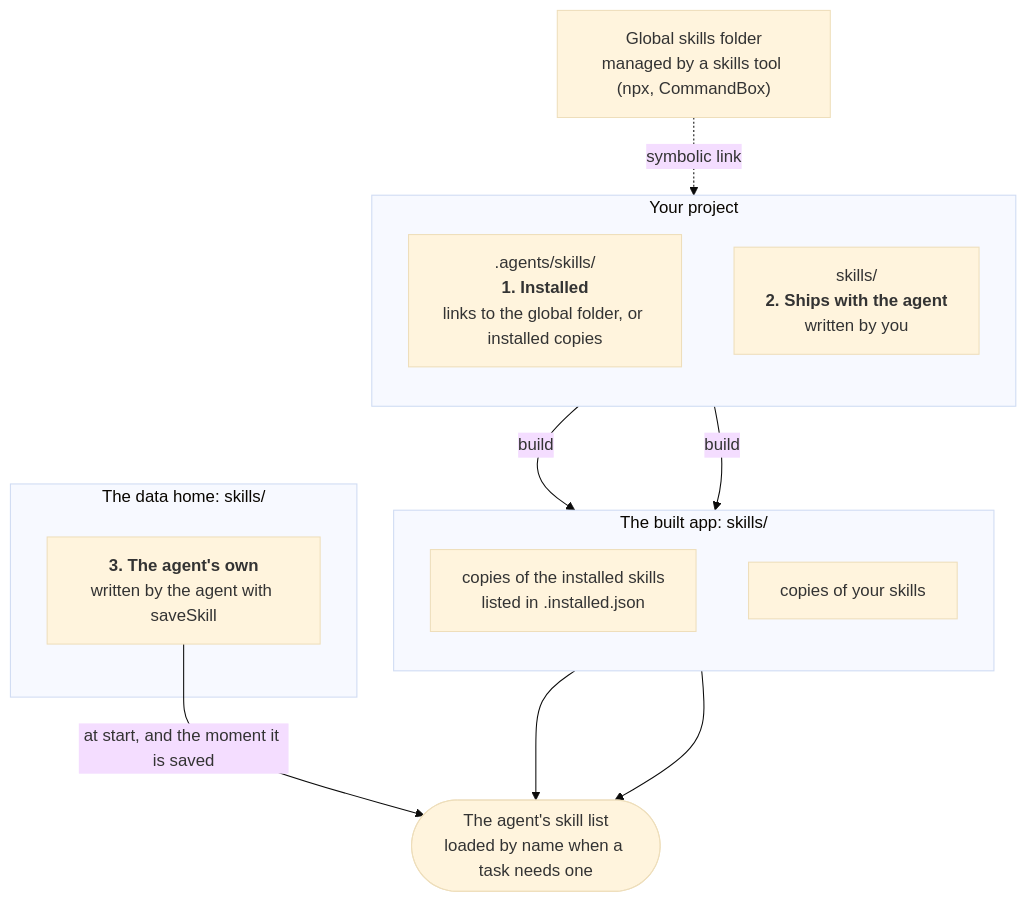
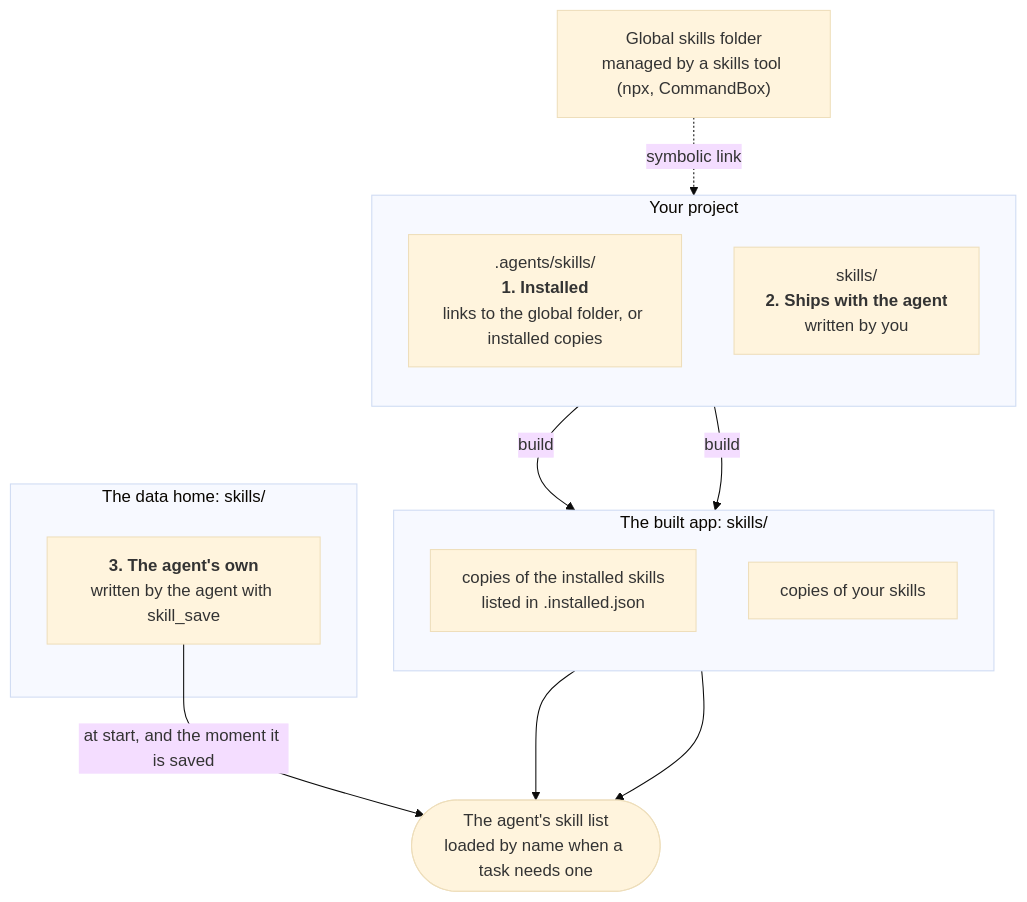
Before and after one commit to ortus-boxlang/bx-agents: the diagram in docs/conventions/skills.md, drawn with Mermaid (base theme). The commit also changed other lines of this file and 19 other files, not shown here.

First line of the commit message:
Tools: every tool BX Agents gives an agent is {type}_{action} (skill_save, note_remember, note_forget), with a rule and a spec

````diff
--- a/docs/conventions/skills.md
+++ b/docs/conventions/skills.md
@@ -41,29 +41,29 @@
 ```mermaid
 flowchart TB
     GL["Global skills folder<br/>managed by a skills tool (npx, CommandBox)"]
 
     subgraph project["Your project"]
         direction TB
         INS[".agents/skills/<br/><b>1. Installed</b><br/>links to the global folder, or installed copies"]
         SHIP["skills/<br/><b>2. Ships with the agent</b><br/>written by you"]
     end
 
     subgraph app["The built app: skills/"]
         direction TB
         A1["copies of the installed skills<br/>listed in .installed.json"]
         A2["copies of your skills"]
     end
 
     subgraph home["The data home: skills/"]
-        DH["<b>3. The agent's own</b><br/>written by the agent with saveSkill"]
+        DH["<b>3. The agent's own</b><br/>written by the agent with skill_save"]
     end
 
     LIST(["The agent's skill list<br/>loaded by name when a task needs one"])
 
     GL -. "symbolic link" .-> INS
     INS -->|build| A1
     SHIP -->|build| A2
     A1 --> LIST
     A2 --> LIST
     DH -->|"at start, and the moment it is saved"| LIST
 ```
````
